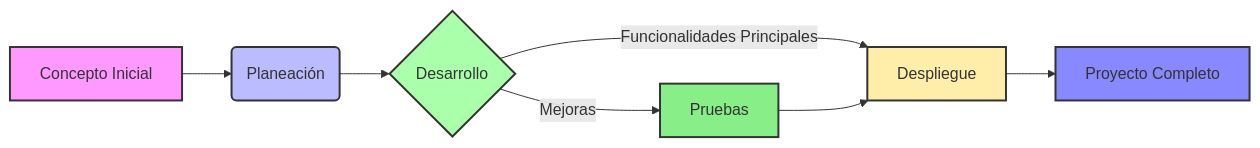
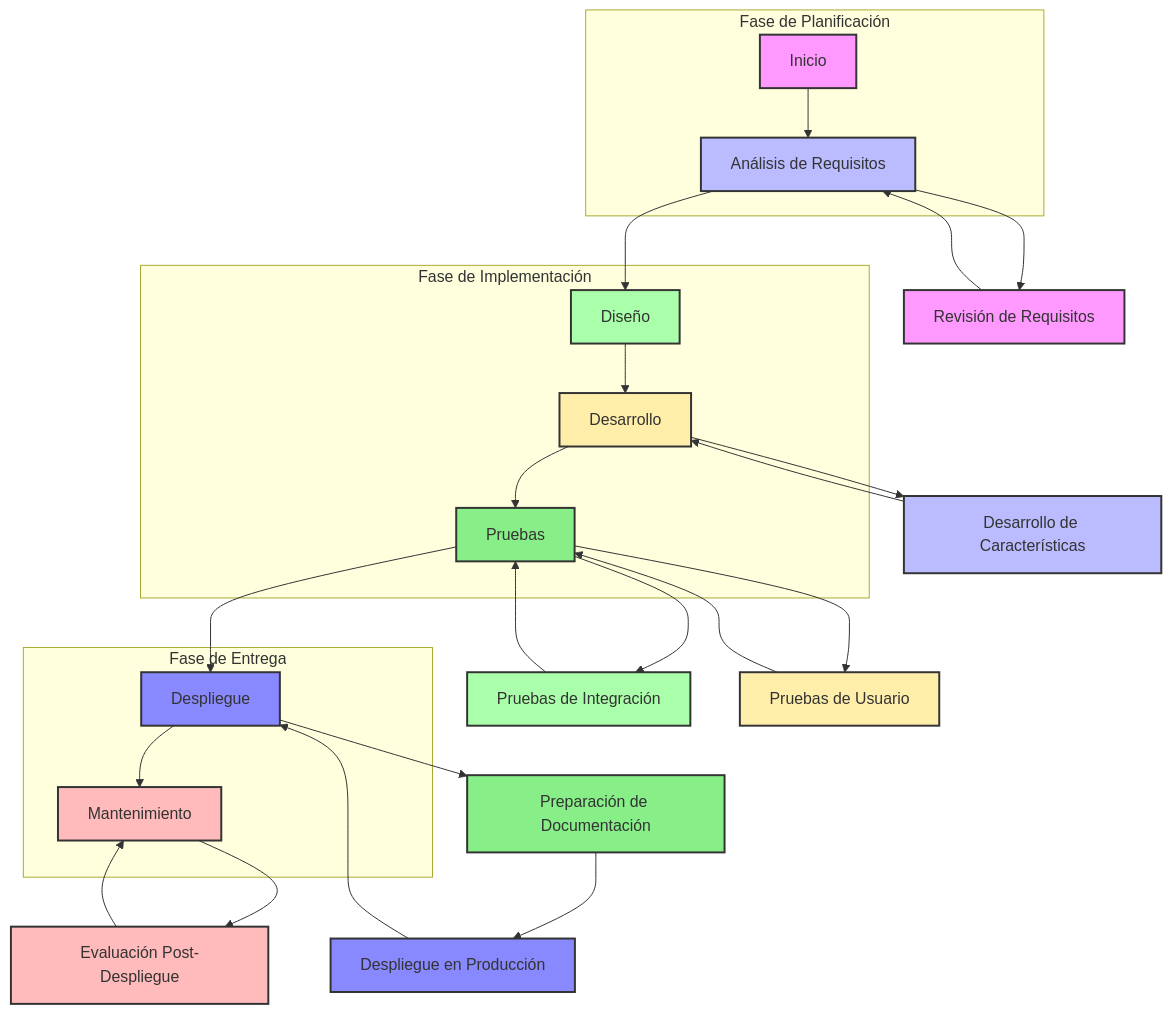
Before and after one commit to andres0usb/andres0usb: the diagram in experimental.md, drawn with Mermaid. The commit also changed other lines of this file, not shown here.

````diff
--- a/experimental.md
+++ b/experimental.md
@@ -45,16 +12,59 @@
 ```mermaid
-flowchart LR
-    A[Concepto Inicial] --> B(Planeación);
-    B --> C{Desarrollo};
-    C -->|Funcionalidades Principales| D[Despliegue];
-    C -->|Mejoras| E[Pruebas];
-    E --> D;
-    D --> F[Proyecto Completo];
+graph TD
+    A[Inicio] --> B[Análisis de Requisitos]
+    B --> C[Diseño]
+    C --> D[Desarrollo]
+    D --> E[Pruebas]
+    E --> F[Despliegue]
+    F --> G[Mantenimiento]
+
+    subgraph "Fase de Planificación"
+        A;
+        B;
+    end
+
+    subgraph "Fase de Implementación"
+        C;
+        D;
+        E;
+    end
+
+    subgraph "Fase de Entrega"
+        F;
+        G;
+    end
+
+    B --> H[Revisión de Requisitos]
+    H --> B
+
+    D --> I[Desarrollo de Características]
+    I --> D
+
+    E --> J[Pruebas de Integración]
+    J --> E
+    E --> K[Pruebas de Usuario]
+    K --> E
+
+    F --> L[Preparación de Documentación]
+    L --> M[Despliegue en Producción]
+    M --> F
+
+    G --> N[Evaluación Post-Despliegue]
+    N --> G
 
     style A fill:#f9f,stroke:#333,stroke-width:2px;
     style B fill:#bbf,stroke:#333,stroke-width:2px;
     style C fill:#afa,stroke:#333,stroke-width:2px;
     style D fill:#fea,stroke:#333,stroke-width:2px;
     style E fill:#8e8,stroke:#333,stroke-width:2px;
     style F fill:#88f,stroke:#333,stroke-width:2px;
+    style G fill:#fbb,stroke:#333,stroke-width:2px;
+    style H fill:#f9f,stroke:#333,stroke-width:2px;
+    style I fill:#bbf,stroke:#333,stroke-width:2px;
+    style J fill:#afa,stroke:#333,stroke-width:2px;
+    style K fill:#fea,stroke:#333,stroke-width:2px;
+    style L fill:#8e8,stroke:#333,stroke-width:2px;
+    style M fill:#88f,stroke:#333,stroke-width:2px;
+    style N fill:#fbb,stroke:#333,stroke-width:2px;
+
 ```
````
